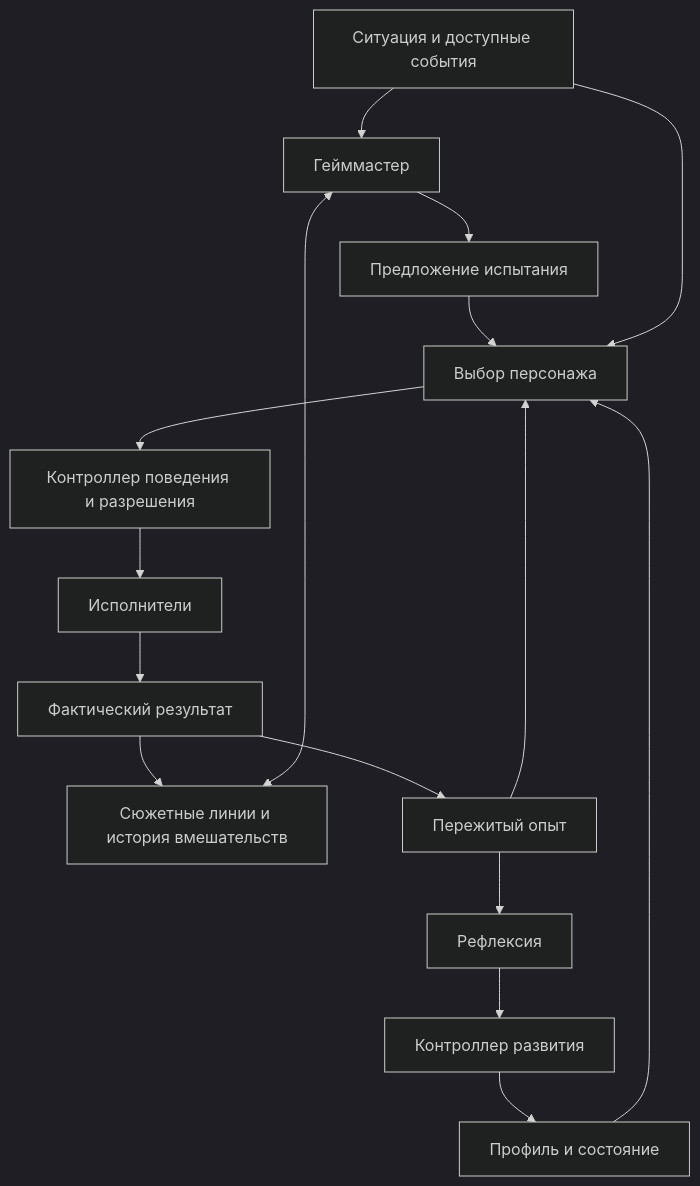
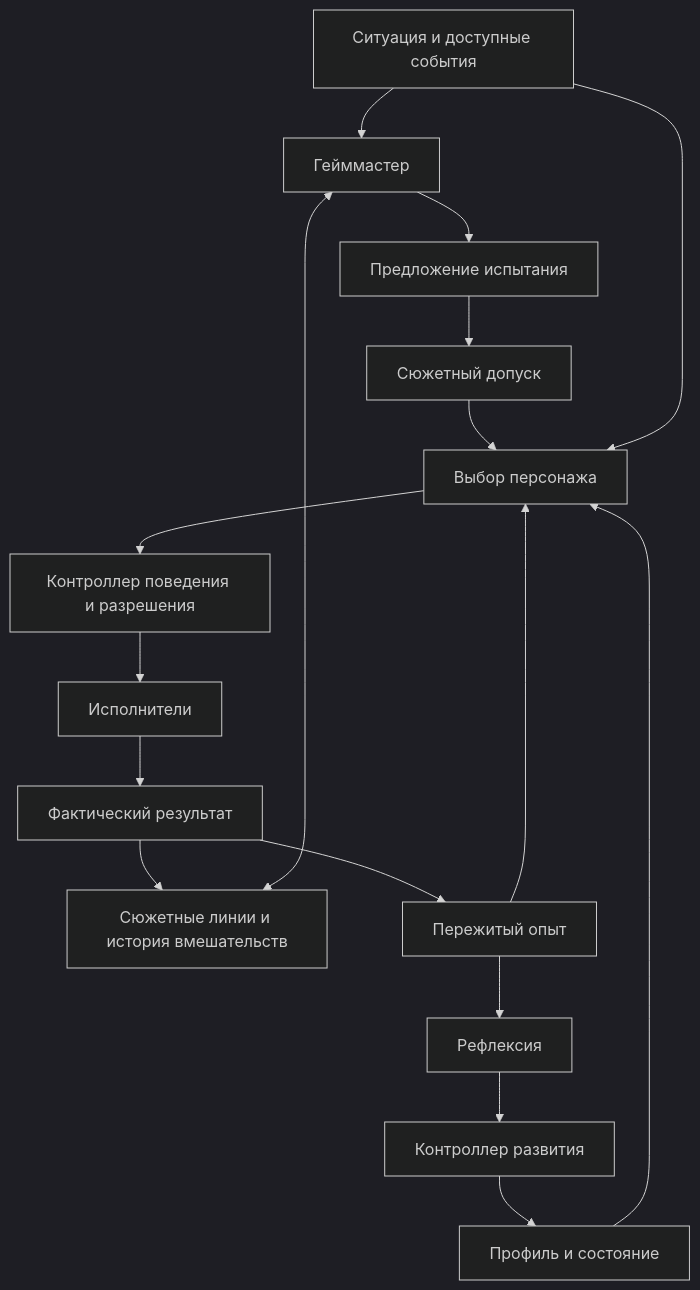
One commit to tari-lucy/ai-agent-platform changed the diagram in docs/08-game-master.md. Above: the diagram before and after it, drawn with Mermaid (dark theme). The commit also changed other lines of this file and 12 other files, not shown here.

````diff
--- a/docs/08-game-master.md
+++ b/docs/08-game-master.md
@@ -30,18 +36,19 @@
 ```mermaid
 flowchart TD
     OBS[Ситуация и доступные события] --> GM[Гейммастер]
     ARCS[Сюжетные линии и история вмешательств] <--> GM
     GM --> OFFER[Предложение испытания]
-    OFFER --> CHARACTER[Выбор персонажа]
+    OFFER --> STORYCHECK[Сюжетный допуск]
+    STORYCHECK --> CHARACTER[Выбор персонажа]
     OBS --> CHARACTER
     STATE[Профиль и состояние] --> CHARACTER
     MEMORY[Пережитый опыт] --> CHARACTER
     CHARACTER --> CHECK[Контроллер поведения и разрешения]
     CHECK --> EXEC[Исполнители]
     EXEC --> RESULT[Фактический результат]
     RESULT --> MEMORY
     RESULT --> ARCS
     MEMORY --> REFLECT[Рефлексия]
     REFLECT --> GROWTH[Контроллер развития]
     GROWTH --> STATE
 ```
````
